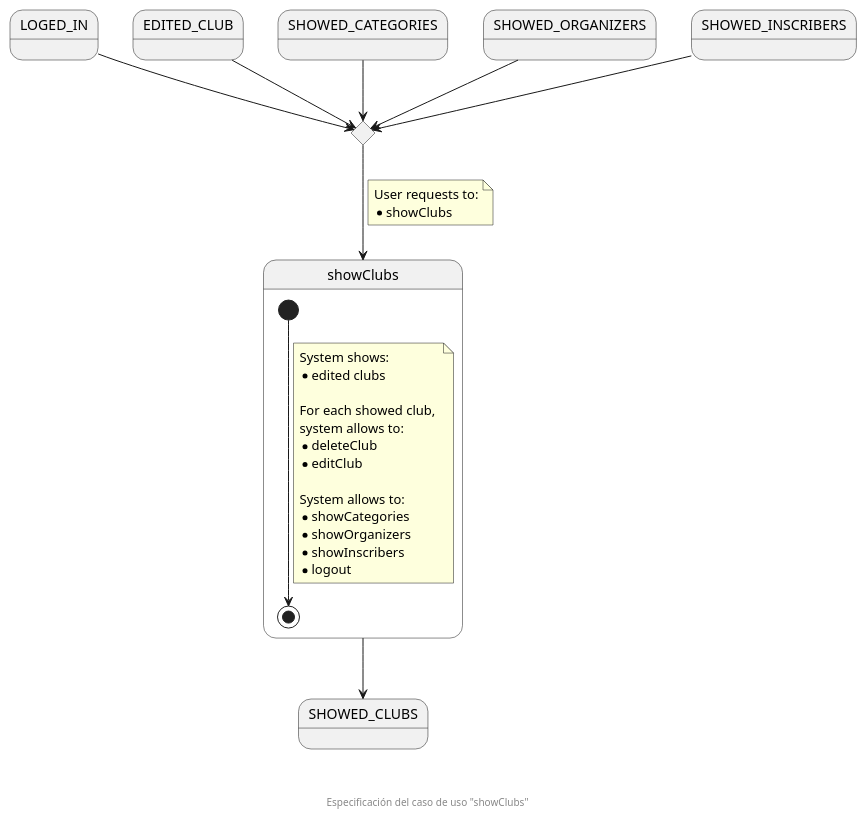
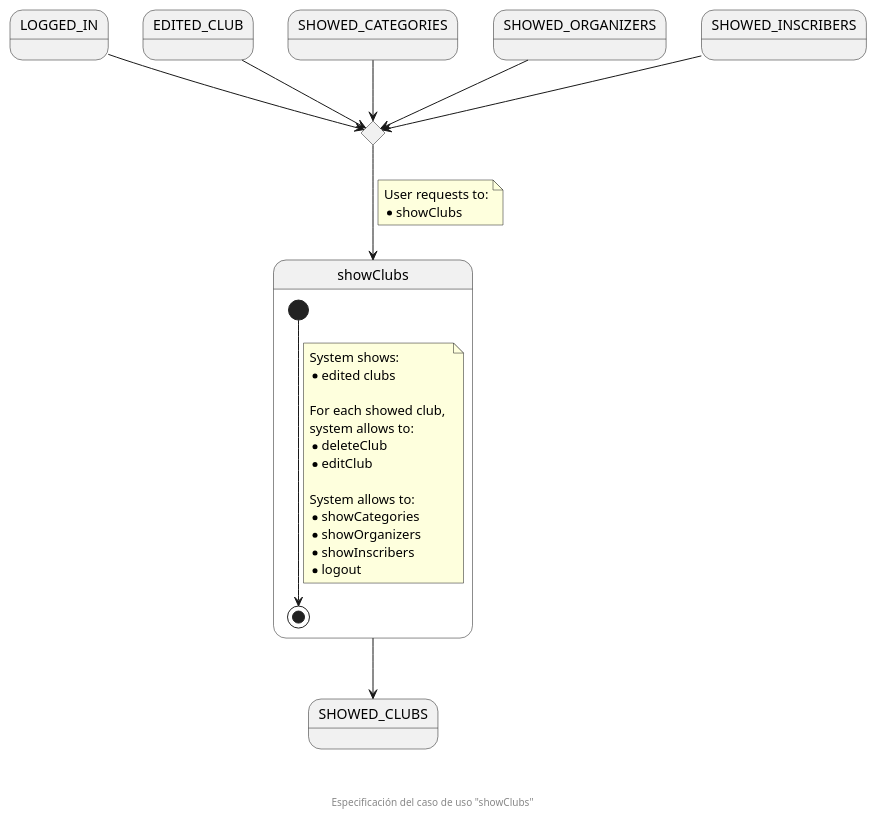
One commit to zuldare/mastercloud_pfm_halterocms changed the diagram in documentation/diagrams/1_requirements/3_useCasesSpecification/organizationSecretary/04_showClubs.puml. Above: the diagram before and after it, drawn with PlantUML. The commit also changed 5 other files, not shown here.

```diff
--- a/documentation/diagrams/1_requirements/3_useCasesSpecification/organizationSecretary/04_showClubs.puml
+++ b/documentation/diagrams/1_requirements/3_useCasesSpecification/organizationSecretary/04_showClubs.puml
@@ -1,44 +1,44 @@
 @startuml
-state LOGED_IN
+state LOGGED_IN
 state EDITED_CLUB
 state SHOWED_CATEGORIES
 state SHOWED_ORGANIZERS
 state SHOWED_INSCRIBERS
 
 state enterShowClubsCHC <<choice>>
 
 state showClubs {
   [*] --> [*]
   note on link
     System shows:
     * edited clubs
 
     For each showed club, 
     system allows to:
     * deleteClub
     * editClub
 
     System allows to:
     * showCategories
     * showOrganizers
     * showInscribers
     * logout
   end note
 }
 state SHOWED_CLUBS
 
-LOGED_IN --> enterShowClubsCHC
+LOGGED_IN --> enterShowClubsCHC
 EDITED_CLUB --> enterShowClubsCHC
 SHOWED_CATEGORIES --> enterShowClubsCHC
 SHOWED_ORGANIZERS --> enterShowClubsCHC
 SHOWED_INSCRIBERS --> enterShowClubsCHC
 
 enterShowClubsCHC --> showClubs
 note on link
   User requests to:
   * showClubs
 end note
 showClubs --> SHOWED_CLUBS
 
 footer \n\n\n Especificación del caso de uso "showClubs"
 @enduml
```
